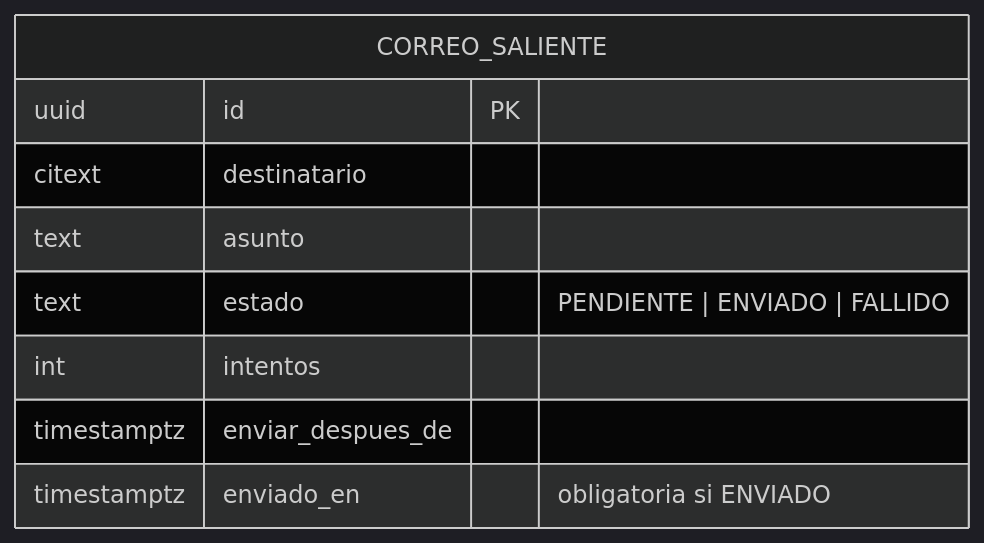
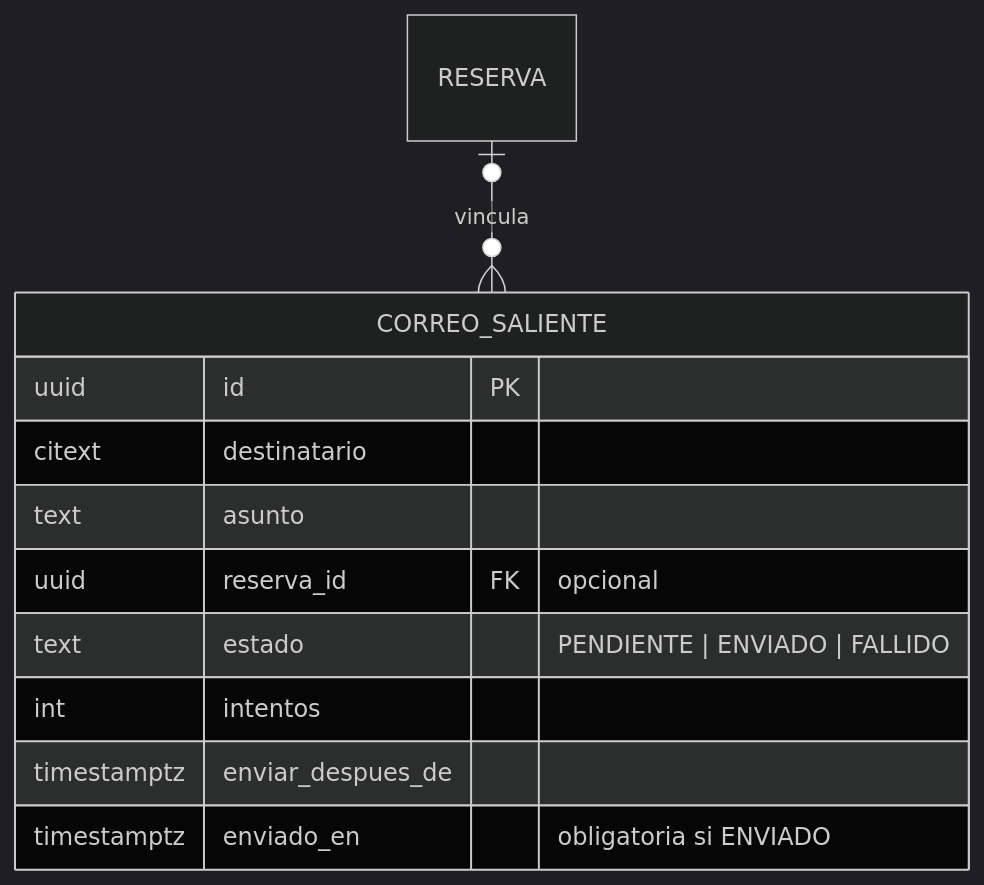
The ninth of 9 diagrams in docs/02-arquitectura/modelo-datos.md (Proyecto-IngSoftware/acopio), drawn with Mermaid (dark theme) before and after one commit. The commit also changed other lines of this file and 16 other files, not shown here.

````diff
--- a/docs/02-arquitectura/modelo-datos.md
+++ b/docs/02-arquitectura/modelo-datos.md
@@ -1028,12 +1033,14 @@
 ```mermaid
 erDiagram
     CORREO_SALIENTE {
         uuid id PK
         citext destinatario
         text asunto
+        uuid reserva_id FK "opcional"
         text estado "PENDIENTE | ENVIADO | FALLIDO"
         int intentos
         timestamptz enviar_despues_de
         timestamptz enviado_en "obligatoria si ENVIADO"
     }
+    RESERVA o|--o{ CORREO_SALIENTE : vincula
 ```
````
